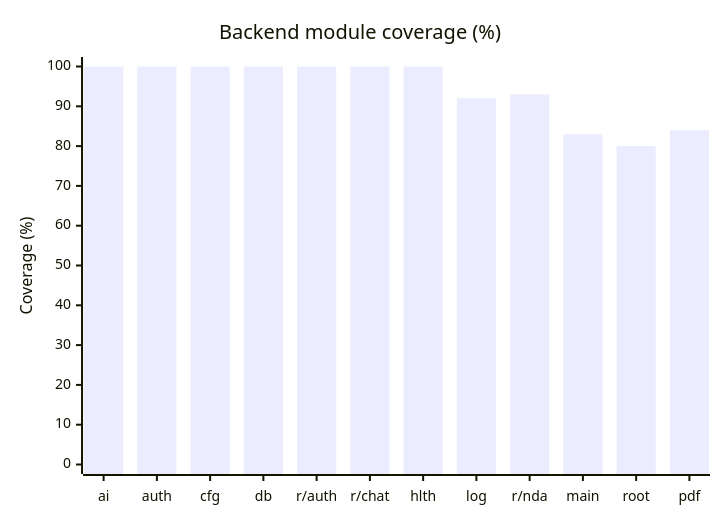
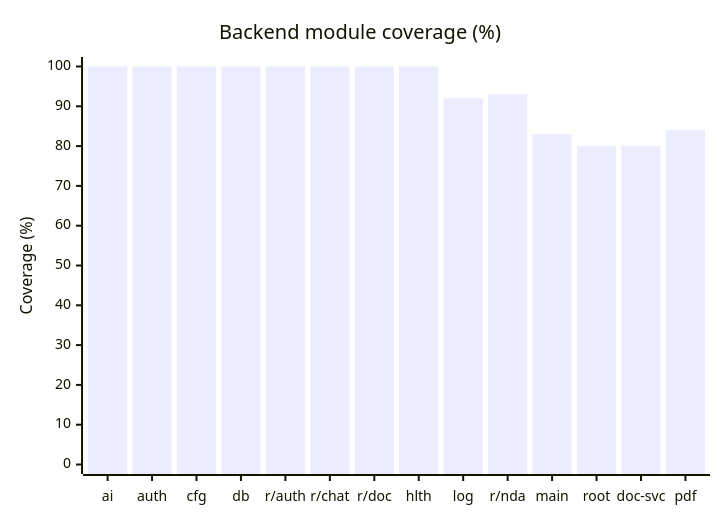
The second of 6 diagrams in docs/test-coverage-report.md (shaynemeyer/prelegal), drawn with Mermaid before and after one commit. The commit also changed other lines of this file, not shown here.

````diff
--- a/docs/test-coverage-report.md
+++ b/docs/test-coverage-report.md
@@ -55,7 +60,7 @@
 ```mermaid
 xychart-beta
     title "Backend module coverage (%)"
-    x-axis ["ai", "auth", "cfg", "db", "r/auth", "r/chat", "hlth", "log", "r/nda", "main", "root", "pdf"]
+    x-axis ["ai", "auth", "cfg", "db", "r/auth", "r/chat", "r/doc", "hlth", "log", "r/nda", "main", "root", "doc-svc", "pdf"]
     y-axis "Coverage (%)" 0 --> 100
-    bar [100, 100, 100, 100, 100, 100, 100, 92, 93, 83, 80, 84]
+    bar [100, 100, 100, 100, 100, 100, 100, 100, 92, 93, 83, 80, 80, 84]
 ```
````
